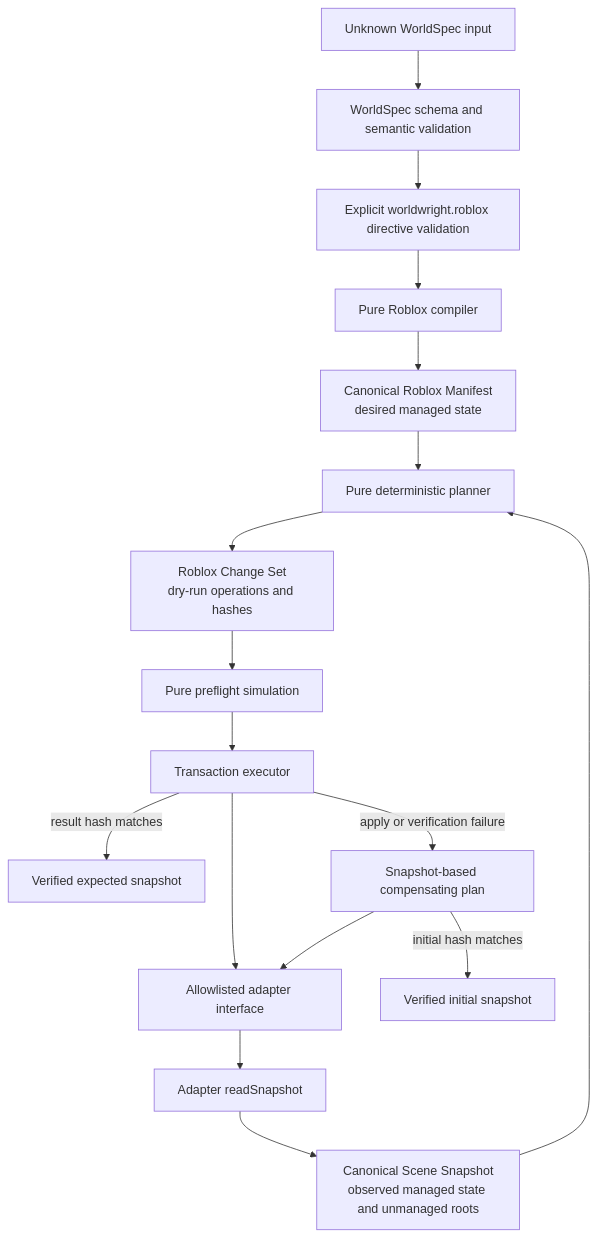
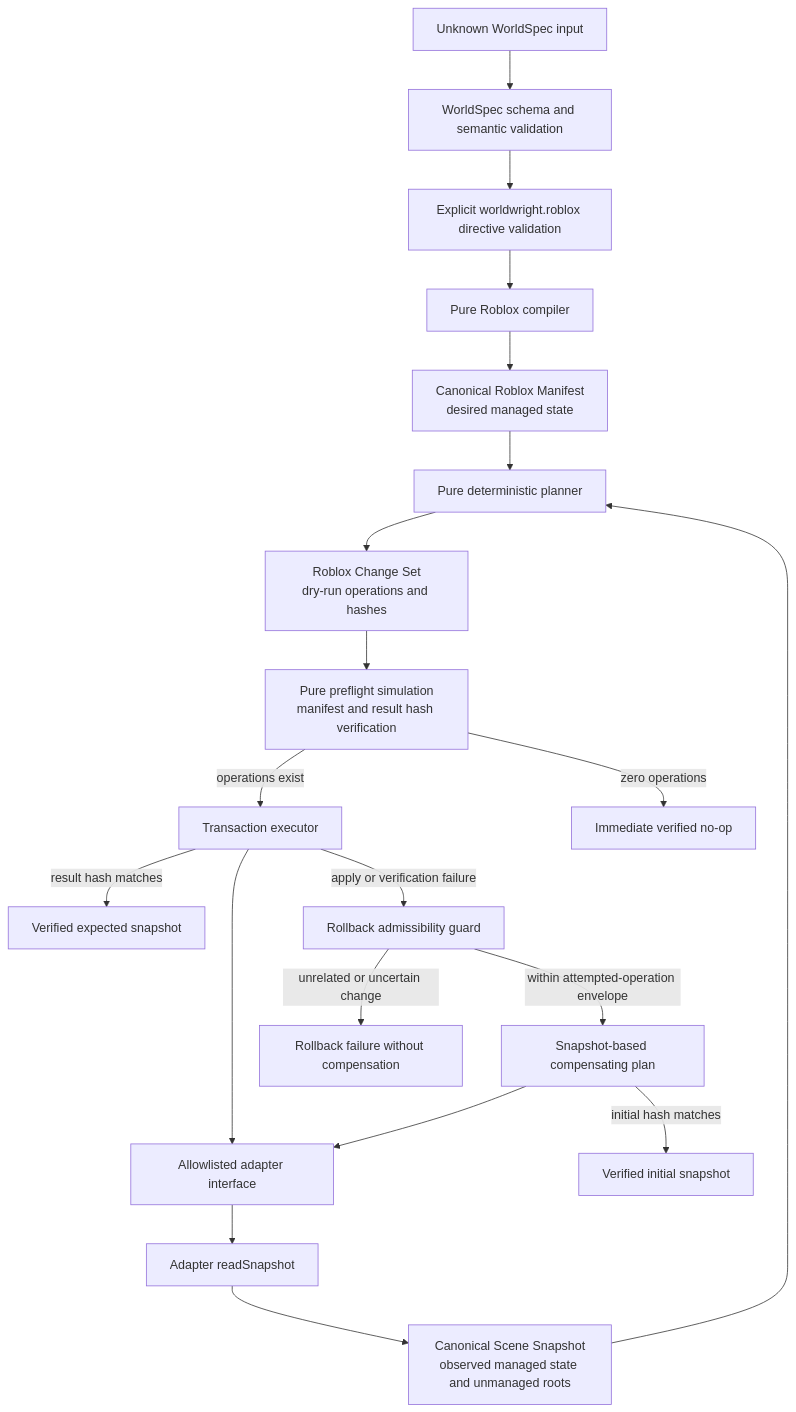
The first of 3 diagrams in docs/architecture/roblox-compiler.md (kotonja/Worldwright), drawn with Mermaid before and after one commit. The commit also changed other lines of this file and 13 other files, not shown here.

First line of the commit message:
Harden change-set provenance and rollback safety

````diff
--- a/docs/architecture/roblox-compiler.md
+++ b/docs/architecture/roblox-compiler.md
@@ -15,28 +15,35 @@
 ```mermaid
 flowchart TD
     Input["Unknown WorldSpec input"]
     WSValidation["WorldSpec schema and semantic validation"]
     DirectiveValidation["Explicit worldwright.roblox directive validation"]
     Compiler["Pure Roblox compiler"]
     Manifest["Canonical Roblox Manifest<br/>desired managed state"]
     Read["Adapter readSnapshot"]
     Snapshot["Canonical Scene Snapshot<br/>observed managed state and unmanaged roots"]
     Planner["Pure deterministic planner"]
     ChangeSet["Roblox Change Set<br/>dry-run operations and hashes"]
-    Simulator["Pure preflight simulation"]
+    Simulator["Pure preflight simulation<br/>manifest and result hash verification"]
     Executor["Transaction executor"]
     Adapter["Allowlisted adapter interface"]
     Verified["Verified expected snapshot"]
+    Noop["Immediate verified no-op"]
+    RollbackGuard["Rollback admissibility guard"]
     Rollback["Snapshot-based compensating plan"]
     Restored["Verified initial snapshot"]
+    Unsafe["Rollback failure without compensation"]
 
     Input --> WSValidation --> DirectiveValidation --> Compiler --> Manifest
     Read --> Snapshot
     Manifest --> Planner
-    Snapshot --> Planner --> ChangeSet --> Simulator --> Executor
+    Snapshot --> Planner --> ChangeSet --> Simulator
+    Simulator -->|"operations exist"| Executor
+    Simulator -->|"zero operations"| Noop
     Executor --> Adapter
     Adapter --> Read
     Executor -->|"result hash matches"| Verified
-    Executor -->|"apply or verification failure"| Rollback --> Adapter
+    Executor -->|"apply or verification failure"| RollbackGuard
+    RollbackGuard -->|"within attempted-operation envelope"| Rollback --> Adapter
+    RollbackGuard -->|"unrelated or uncertain change"| Unsafe
     Rollback -->|"initial hash matches"| Restored
 ```
````
